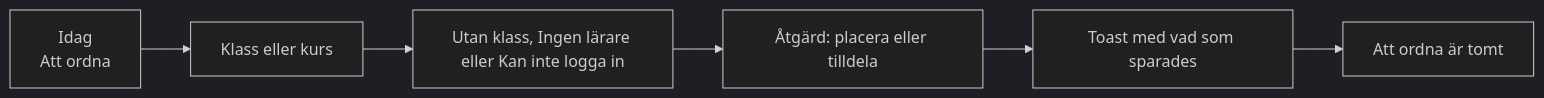
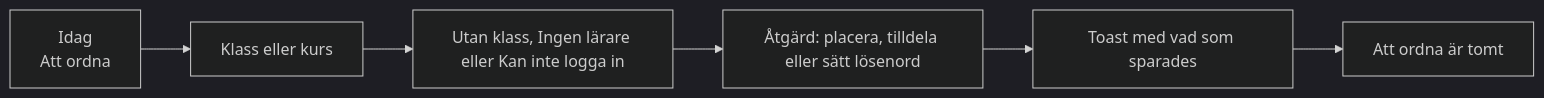
Diagram 13 of 13 in docs/roller-och-floden.md (discovicke/Larka), drawn with Mermaid (dark theme) before and after one commit. The commit also changed other lines of this file and 105 other files, not shown here.

````diff
--- a/docs/roller-och-floden.md
+++ b/docs/roller-och-floden.md
@@ -304,8 +317,8 @@
 ```mermaid
 flowchart LR
     A["Idag<br/>Att ordna"] --> B["Klass eller kurs"]
     B --> C["Utan klass, Ingen lärare eller Kan inte logga in"]
-    C --> D["Åtgärd: placera eller tilldela"]
+    C --> D["Åtgärd: placera, tilldela eller sätt lösenord"]
     D --> E["Toast med vad som sparades"]
     E --> F["Att ordna är tomt"]
 ```
````
